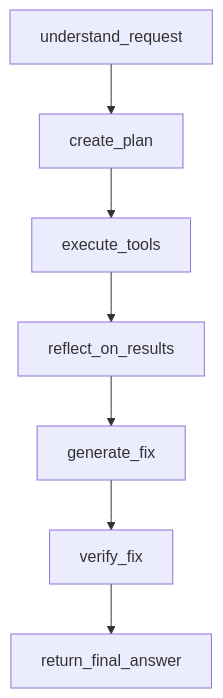
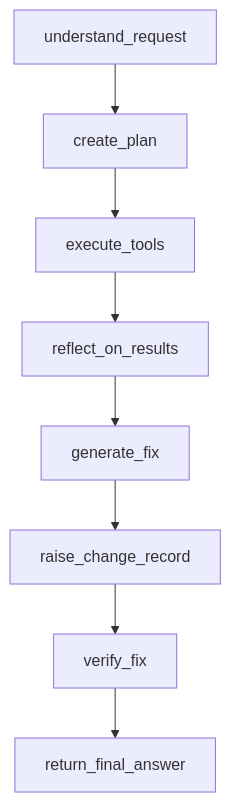
Before and after one commit to unneeks/agent-demo-de: the second of 4 diagrams in agentic-ai-ollama-demo/README.md, drawn with Mermaid. The commit also changed other lines of this file and 12 other files, not shown here.

````diff
--- a/agentic-ai-ollama-demo/README.md
+++ b/agentic-ai-ollama-demo/README.md
@@ -159,9 +277,10 @@
 ```mermaid
 flowchart TD
     S["understand_request"] --> P["create_plan"]
     P --> E["execute_tools"]
     E --> R["reflect_on_results"]
     R --> F["generate_fix"]
-    F --> V["verify_fix"]
+    F --> C["raise_change_record"]
+    C --> V["verify_fix"]
     V --> A["return_final_answer"]
 ```
````
